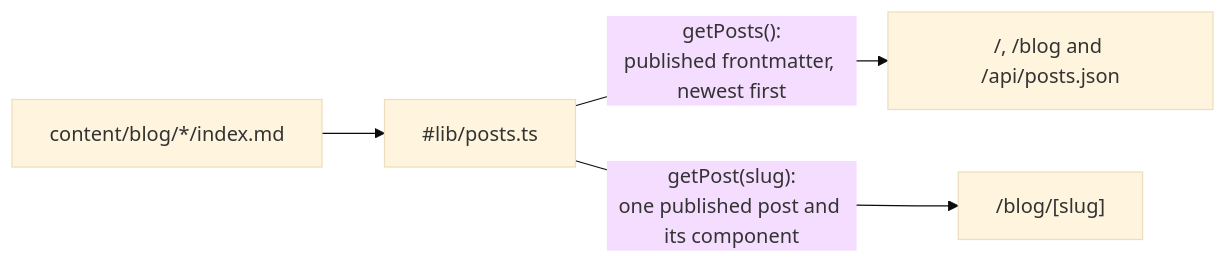
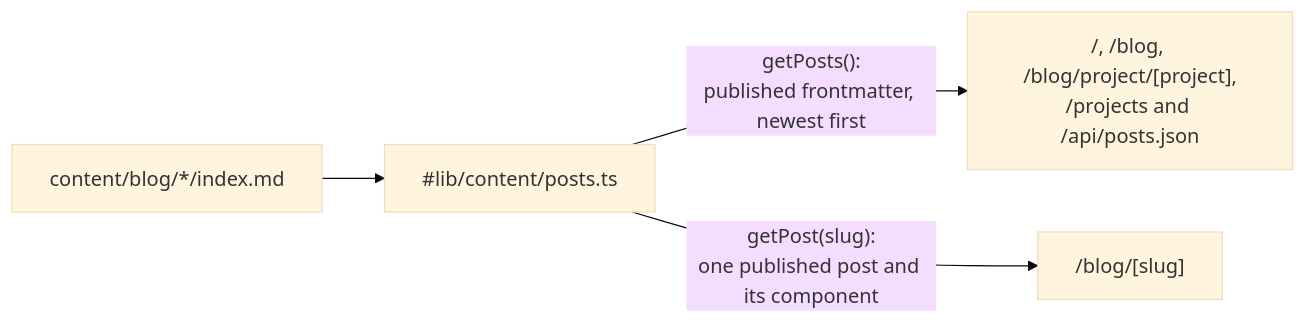
One commit to matus-barta/personal-web changed the diagram in .claude/architecture.md. Above: the diagram before and after it, drawn with Mermaid (base theme). The commit also changed other lines of this file and 99 other files, not shown here.

````diff
--- a/.claude/architecture.md
+++ b/.claude/architecture.md
@@ -45,6 +45,6 @@
 ```mermaid
 flowchart LR
-    md["content/blog/*/index.md"] --> reader["#lib/posts.ts"]
-    reader -- "getPosts():<br/>published frontmatter, newest first" --> list["/, /blog and /api/posts.json"]
+    md["content/blog/*/index.md"] --> reader["#lib/content/posts.ts"]
+    reader -- "getPosts():<br/>published frontmatter, newest first" --> list["/, /blog, /blog/project/[project],<br/>/projects and /api/posts.json"]
     reader -- "getPost(slug):<br/>one published post and its component" --> post["/blog/[slug]"]
 ```
````
